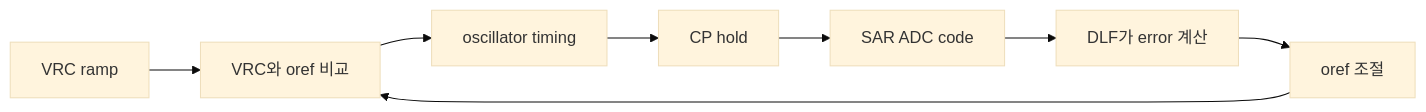
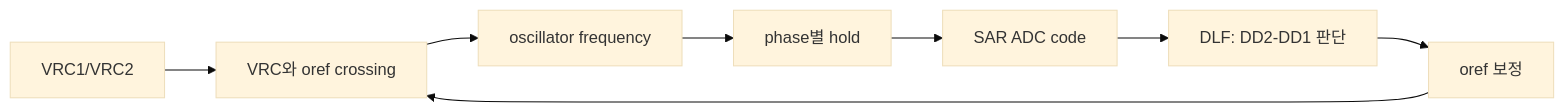
Before and after one commit to qkfka781-wq/RCoscillator: the diagram in README.md, drawn with Mermaid (base theme). The commit also changed other lines of this file and 5 other files, not shown here.

Commit message:
Correct loop explanation and add phase ADC graph

````diff
--- a/README.md
+++ b/README.md
@@ -29,10 +19,10 @@
 ```mermaid
 flowchart LR
-    V["VRC ramp"] --> C["VRC와 oref 비교"]
-    C --> O["oscillator timing"]
-    O --> H["CP hold"]
+    V["VRC1/VRC2"] --> C["VRC와 oref crossing"]
+    C --> O["oscillator frequency"]
+    O --> H["phase별 hold"]
     H --> S["SAR ADC code"]
-    S --> D["DLF가 error 계산"]
-    D --> R["oref 조절"]
+    S --> D["DLF: DD2-DD1 판단"]
+    D --> R["oref 보정"]
     R --> C
 ```
````
